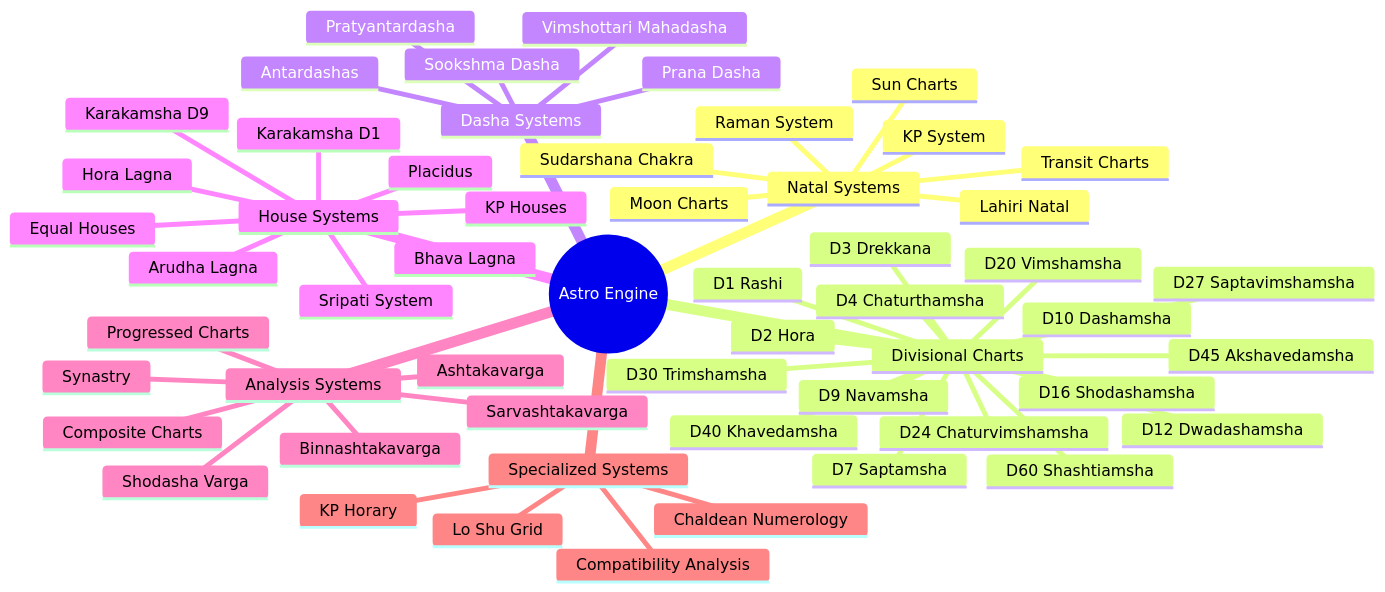
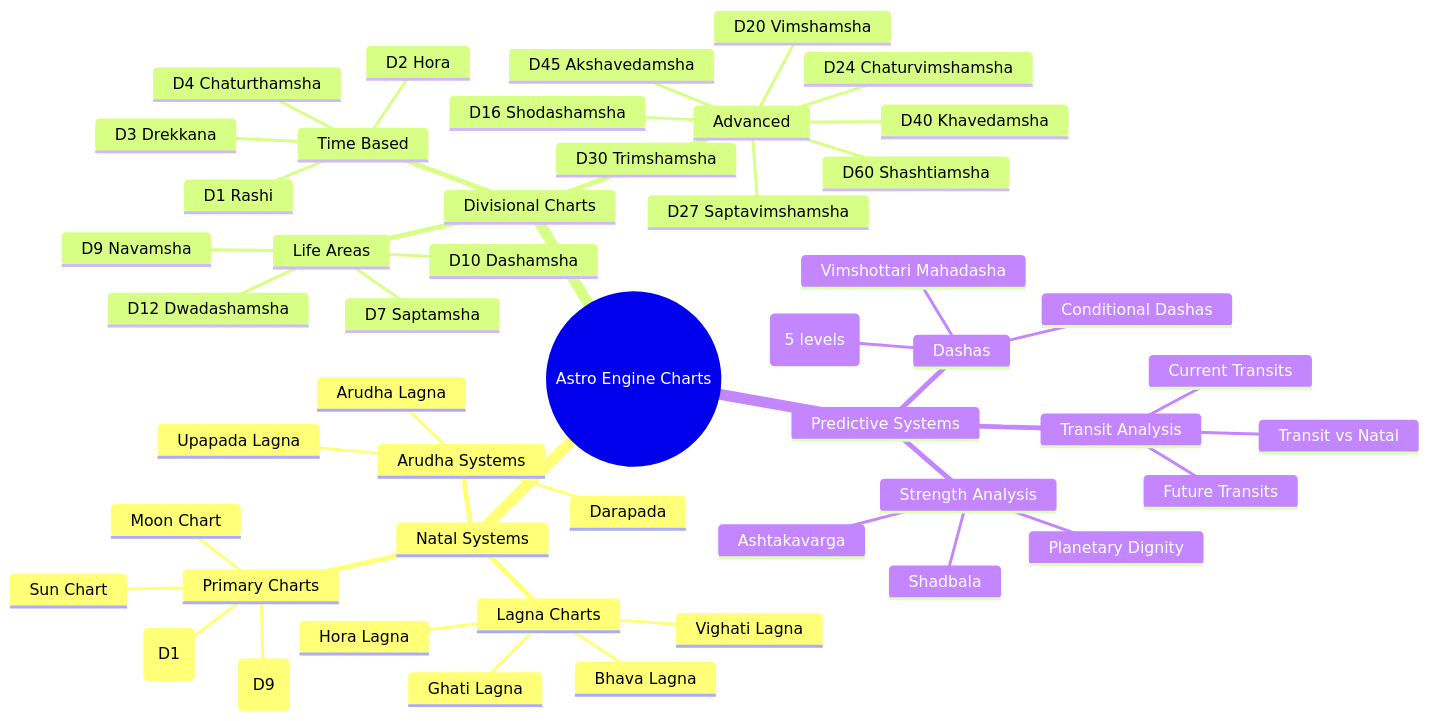
Before and after one commit to Project-Corp-Astro/Astro_Engine: the fourth of 22 diagrams in README.md, drawn with Mermaid. The commit also changed other lines of this file, not shown here.

````diff
--- a/README.md
+++ b/README.md
@@ -146,58 +368,52 @@
 ```mermaid
 mindmap
-  root((Astro Engine))
+  root((Astro Engine Charts))
     Natal Systems
-      Lahiri Natal
-      KP System
-      Raman System
-      Transit Charts
-      Moon Charts
-      Sun Charts
-      Sudarshana Chakra
+      Primary Charts
+        Rashi (D1)
+        Navamsha (D9)
+        Moon Chart
+        Sun Chart
+      Lagna Charts
+        Bhava Lagna
+        Hora Lagna
+        Ghati Lagna
+        Vighati Lagna
+      Arudha Systems
+        Arudha Lagna
+        Upapada Lagna
+        Darapada
     Divisional Charts
-      D1 Rashi
-      D2 Hora
-      D3 Drekkana
-      D4 Chaturthamsha
-      D7 Saptamsha
-      D9 Navamsha
-      D10 Dashamsha
-      D12 Dwadashamsha
-      D16 Shodashamsha
-      D20 Vimshamsha
-      D24 Chaturvimshamsha
-      D27 Saptavimshamsha
-      D30 Trimshamsha
-      D40 Khavedamsha
-      D45 Akshavedamsha
-      D60 Shashtiamsha
-    Dasha Systems
-      Vimshottari Mahadasha
-      Antardashas
-      Pratyantardasha
-      Sookshma Dasha
-      Prana Dasha
-    House Systems
-      Equal Houses
-      Placidus
-      Sripati System
-      KP Houses
-      Arudha Lagna
-      Bhava Lagna
-      Hora Lagna
-      Karakamsha D1
-      Karakamsha D9
-    Analysis Systems
-      Ashtakavarga
-      Sarvashtakavarga
-      Binnashtakavarga
-      Shodasha Varga
-      Synastry
-      Composite Charts
-      Progressed Charts
-    Specialized Systems
-      KP Horary
-      Chaldean Numerology
-      Lo Shu Grid
-      Compatibility Analysis
+      Time Based
+        D1 Rashi
+        D2 Hora
+        D3 Drekkana
+        D4 Chaturthamsha
+      Life Areas
+        D7 Saptamsha
+        D9 Navamsha
+        D10 Dashamsha
+        D12 Dwadashamsha
+      Advanced
+        D16 Shodashamsha
+        D20 Vimshamsha
+        D24 Chaturvimshamsha
+        D27 Saptavimshamsha
+        D30 Trimshamsha
+        D40 Khavedamsha
+        D45 Akshavedamsha
+        D60 Shashtiamsha
+    Predictive Systems
+      Dashas
+        Vimshottari Mahadasha
+        Antardashas (5 levels)
+        Conditional Dashas
+      Transit Analysis
+        Current Transits
+        Future Transits
+        Transit vs Natal
+      Strength Analysis
+        Ashtakavarga
+        Shadbala
+        Planetary Dignity
 ```
````
